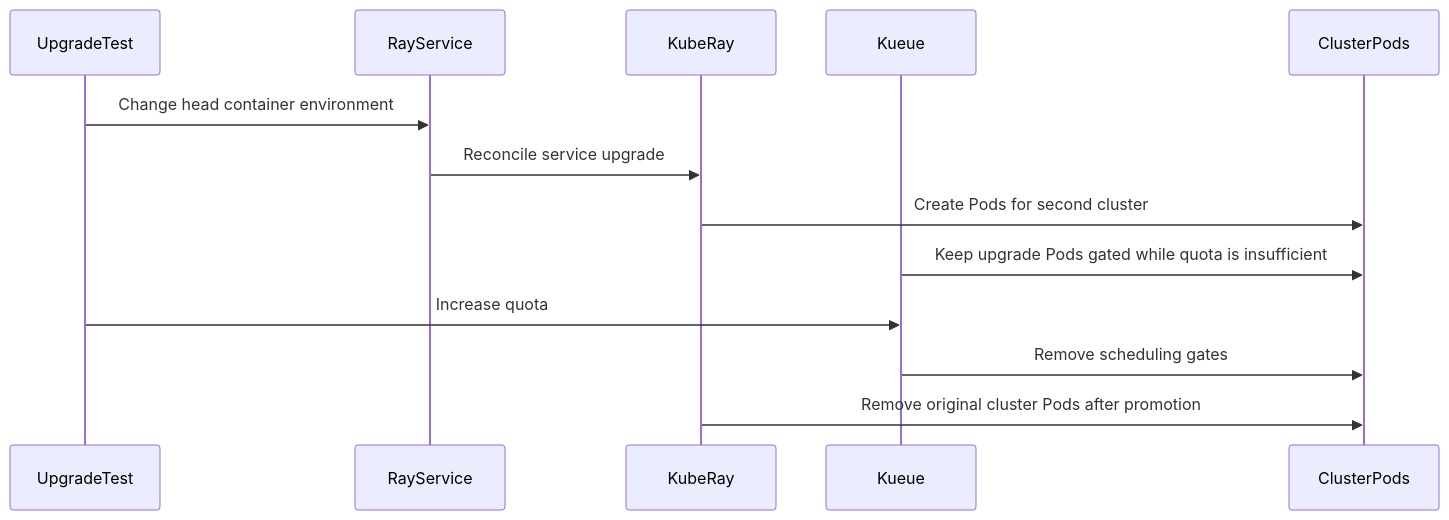
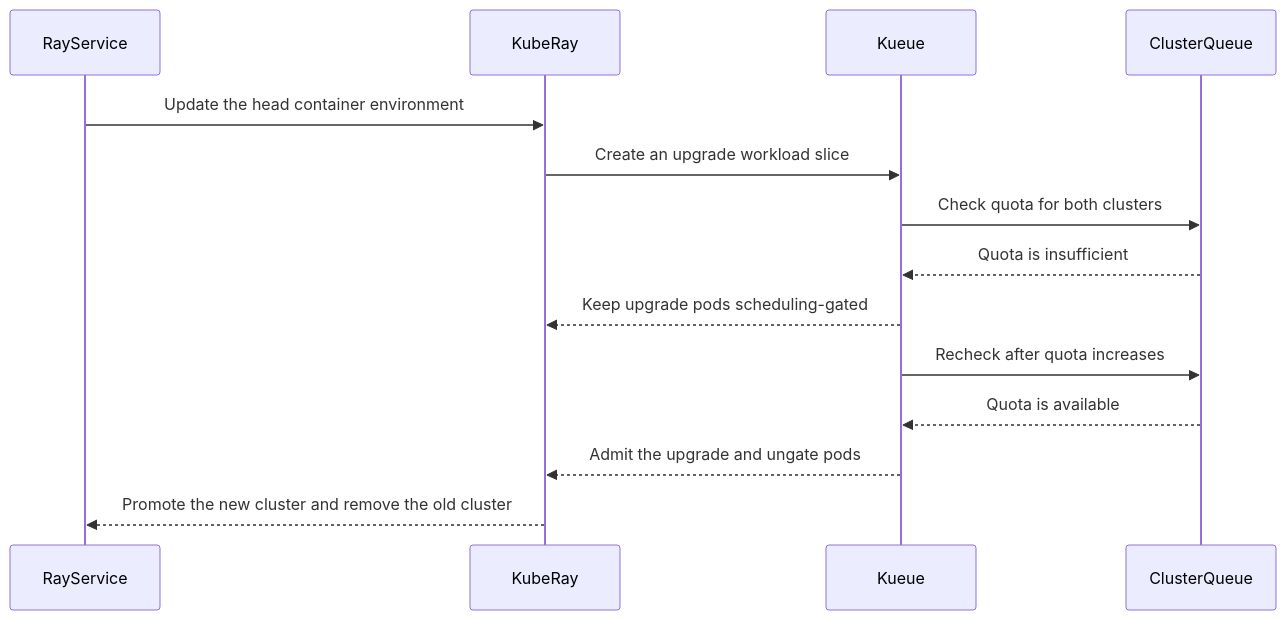
The diagram in raw/github/kubernetes-sigs__kueue/pr-11264.md (reruno/kueue-llm-wiki), drawn with Mermaid before and after one commit. The commit also changed other lines of this file and 1468 other files, not shown here.

````diff
--- a/raw/github/kubernetes-sigs__kueue/pr-11264.md
+++ b/raw/github/kubernetes-sigs__kueue/pr-11264.md
@@ -224,15 +185,16 @@
 ```mermaid
 sequenceDiagram
-  participant UpgradeTest
   participant RayService
   participant KubeRay
   participant Kueue
-  participant ClusterPods
-  UpgradeTest->>RayService: Change head container environment
-  RayService->>KubeRay: Reconcile service upgrade
-  KubeRay->>ClusterPods: Create Pods for second cluster
-  Kueue->>ClusterPods: Keep upgrade Pods gated while quota is insufficient
-  UpgradeTest->>Kueue: Increase quota
-  Kueue->>ClusterPods: Remove scheduling gates
-  KubeRay->>ClusterPods: Remove original cluster Pods after promotion
+  participant ClusterQueue
+  RayService->>KubeRay: Update the head container environment
+  KubeRay->>Kueue: Create an upgrade workload slice
+  Kueue->>ClusterQueue: Check quota for both clusters
+  ClusterQueue-->>Kueue: Quota is insufficient
+  Kueue-->>KubeRay: Keep upgrade pods scheduling-gated
+  Kueue->>ClusterQueue: Recheck after quota increases
+  ClusterQueue-->>Kueue: Quota is available
+  Kueue-->>KubeRay: Admit the upgrade and ungate pods
+  KubeRay-->>RayService: Promote the new cluster and remove the old cluster
 ```
````
